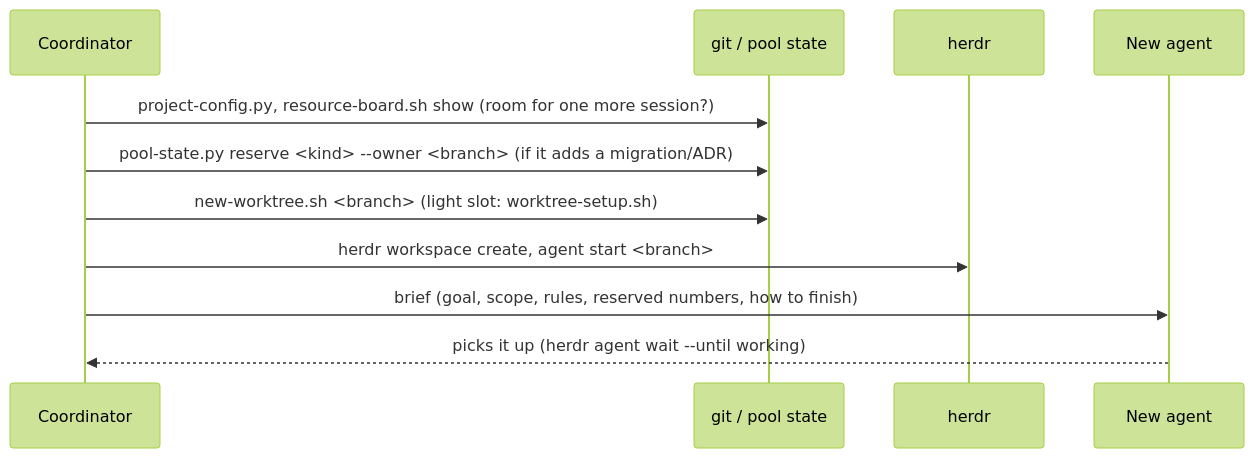
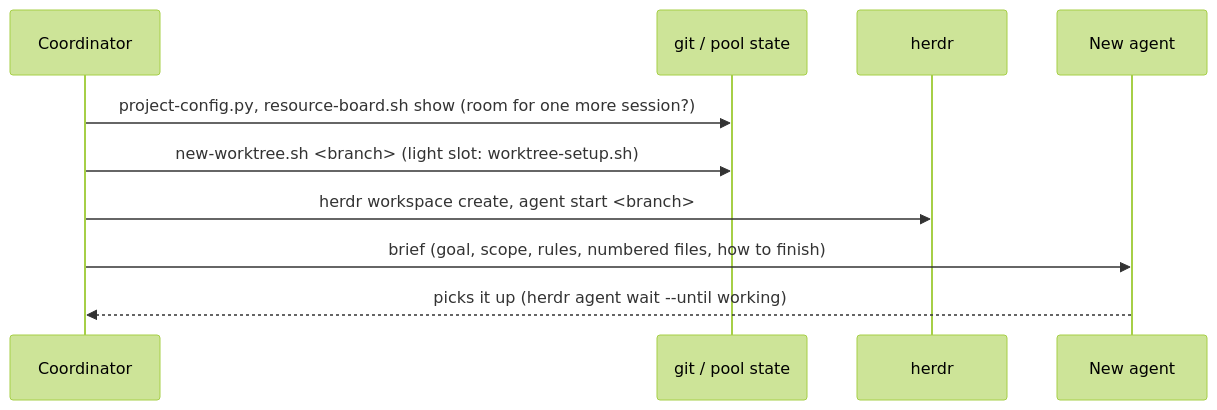
One commit to R0drig0V1/herdr-agent-pool changed the third of 7 diagrams in plugin/README.md. Above: the diagram before and after it, drawn with Mermaid (forest theme). The commit also changed other lines of this file and 13 other files, not shown here.

````diff
--- a/plugin/README.md
+++ b/plugin/README.md
@@ -158,13 +158,12 @@
 ```mermaid
 sequenceDiagram
   participant C as Coordinator
   participant FS as git / pool state
   participant H as herdr
   participant D as New agent
   C->>FS: project-config.py, resource-board.sh show (room for one more session?)
-  C->>FS: pool-state.py reserve <kind> --owner <branch> (if it adds a migration/ADR)
   C->>FS: new-worktree.sh <branch> (light slot: worktree-setup.sh)
   C->>H: herdr workspace create, agent start <branch>
-  C->>D: brief (goal, scope, rules, reserved numbers, how to finish)
+  C->>D: brief (goal, scope, rules, numbered files, how to finish)
   D-->>C: picks it up (herdr agent wait --until working)
 ```
````
